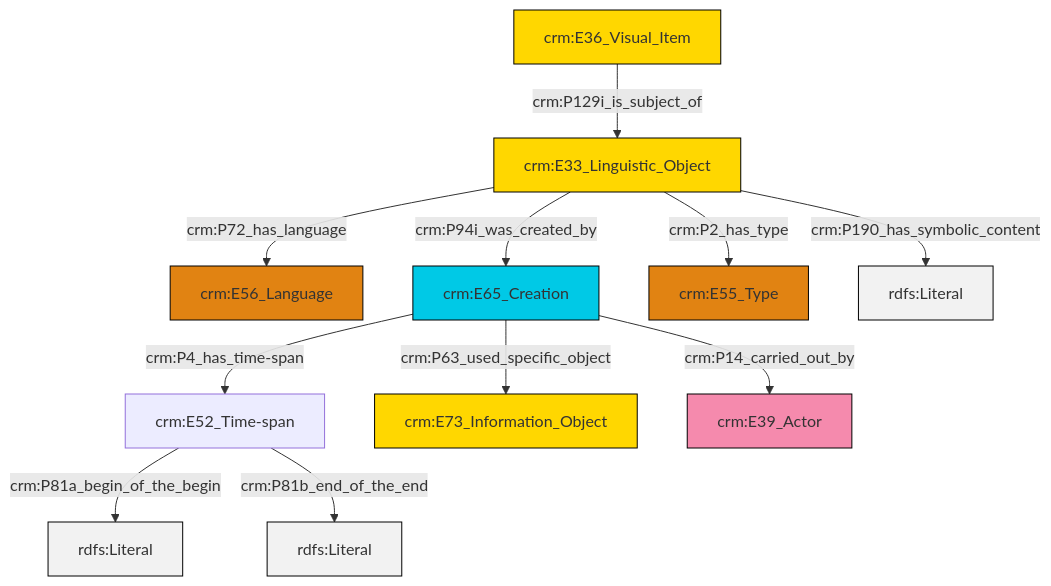
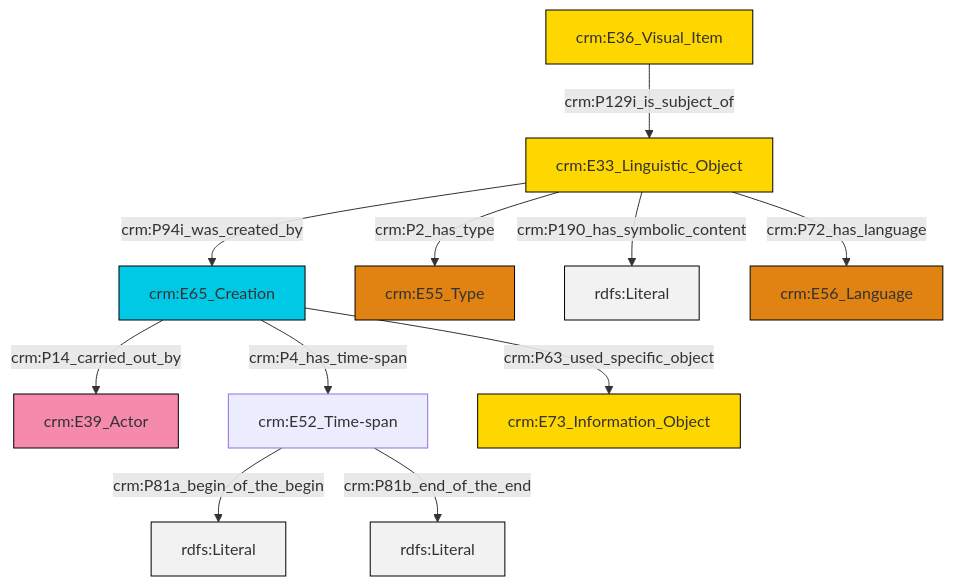
One commit to swiss-art-research-net/docs.swissartresearch changed the diagram in et/imgCSV/ttl/mmd/img_desc.ttl.mmd. Above: the diagram before and after it, drawn with Mermaid. The commit also changed 177 other files, not shown here.

```diff
--- a/et/imgCSV/ttl/mmd/img_desc.ttl.mmd
+++ b/et/imgCSV/ttl/mmd/img_desc.ttl.mmd
@@ -1,25 +1,25 @@
 graph TD
 classDef Literal fill:#f2f2f2,stroke:#000000;
 classDef CRM_Entity fill:#FFFFFF,stroke:#000000;
 classDef Temporal_Entity fill:#00C9E6, stroke:#000000;
 classDef Type fill:#E18312, stroke:#000000;
 classDef Time-Span fill:#2C9C91, stroke:#000000;
 classDef Appellation fill:#FFEB7F, stroke:#000000;
 classDef Place fill:#008836, stroke:#000000;
 classDef Persistent_Item fill:#B266B2, stroke:#000000;
 classDef Conceptual_Object fill:#FFD700, stroke:#000000;
 classDef Physical_Thing fill:#D2B48C, stroke:#000000;
 classDef Actor fill:#f58aad, stroke:#000000;
 classDef PC_Classes fill:#4ce600, stroke:#000000;
 classDef Multi fill:#cccccc,stroke:#000000;
 
-8["crm:E36_Visual_Item"]:::Conceptual_Object -->|crm:P129i_is_subject_of| 0["crm:E33_Linguistic_Object"]:::Conceptual_Object
-2["crm:E52_Time-span"]:::Default -->|crm:P81a_begin_of_the_begin| 9[rdfs:Literal]:::Literal
-10["crm:E65_Creation"]:::Temporal_Entity -->|crm:P63_used_specific_object| 6["crm:E73_Information_Object"]:::Conceptual_Object
-0["crm:E33_Linguistic_Object"]:::Conceptual_Object -->|crm:P2_has_type| 11["crm:E55_Type"]:::Type
-0["crm:E33_Linguistic_Object"]:::Conceptual_Object -->|crm:P190_has_symbolic_content| 12[rdfs:Literal]:::Literal
-10["crm:E65_Creation"]:::Temporal_Entity -->|crm:P14_carried_out_by| 13["crm:E39_Actor"]:::Actor
-0["crm:E33_Linguistic_Object"]:::Conceptual_Object -->|crm:P94i_was_created_by| 10["crm:E65_Creation"]:::Temporal_Entity
-10["crm:E65_Creation"]:::Temporal_Entity -->|crm:P4_has_time-span| 2["crm:E52_Time-span"]:::Default
-2["crm:E52_Time-span"]:::Default -->|crm:P81b_end_of_the_end| 16[rdfs:Literal]:::Literal
-0["crm:E33_Linguistic_Object"]:::Conceptual_Object -->|crm:P72_has_language| 4["crm:E56_Language"]:::Type
+0["crm:E65_Creation"]:::Temporal_Entity -->|crm:P14_carried_out_by| 2["crm:E39_Actor"]:::Actor
+4["crm:E52_Time-span"]:::Default -->|crm:P81a_begin_of_the_begin| 5[rdfs:Literal]:::Literal
+8["crm:E33_Linguistic_Object"]:::Conceptual_Object -->|crm:P2_has_type| 9["crm:E55_Type"]:::Type
+6["crm:E36_Visual_Item"]:::Conceptual_Object -->|crm:P129i_is_subject_of| 8["crm:E33_Linguistic_Object"]:::Conceptual_Object
+4["crm:E52_Time-span"]:::Default -->|crm:P81b_end_of_the_end| 10[rdfs:Literal]:::Literal
+8["crm:E33_Linguistic_Object"]:::Conceptual_Object -->|crm:P190_has_symbolic_content| 11[rdfs:Literal]:::Literal
+0["crm:E65_Creation"]:::Temporal_Entity -->|crm:P4_has_time-span| 4["crm:E52_Time-span"]:::Default
+8["crm:E33_Linguistic_Object"]:::Conceptual_Object -->|crm:P94i_was_created_by| 0["crm:E65_Creation"]:::Temporal_Entity
+0["crm:E65_Creation"]:::Temporal_Entity -->|crm:P63_used_specific_object| 12["crm:E73_Information_Object"]:::Conceptual_Object
+8["crm:E33_Linguistic_Object"]:::Conceptual_Object -->|crm:P72_has_language| 14["crm:E56_Language"]:::Type
```
